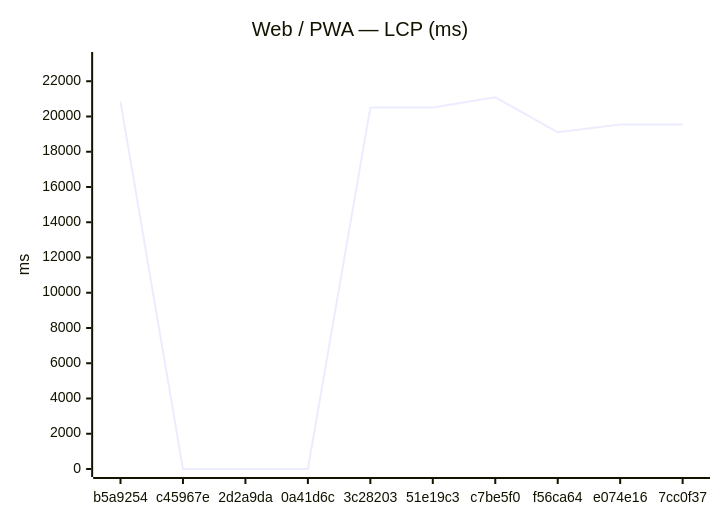
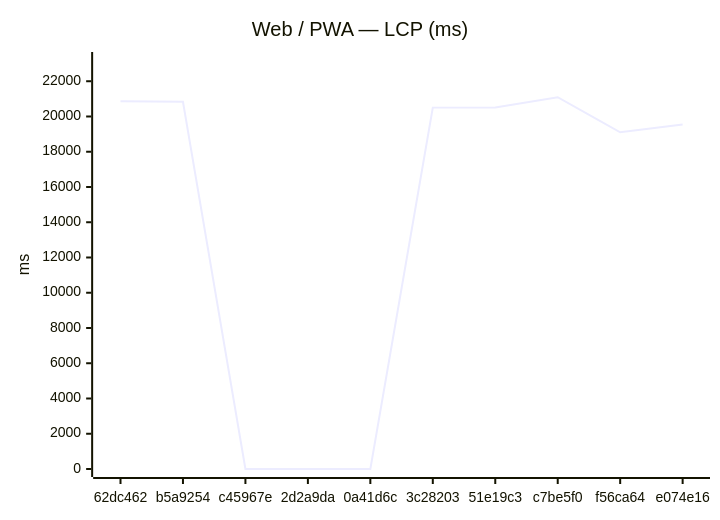
Before and after one commit to Metaheurist/Rianell: the first of 18 diagrams in benchmarks/compare.md, drawn with Mermaid. The commit also changed other lines of this file and 11 other files, not shown here.

````diff
--- a/benchmarks/compare.md
+++ b/benchmarks/compare.md
@@ -24,7 +24,7 @@
 ```mermaid
 xychart-beta
     title "Web / PWA — LCP (ms)"
-    x-axis ["b5a9254", "c45967e", "2d2a9da", "0a41d6c", "3c28203", "51e19c3", "c7be5f0", "f56ca64", "e074e16", "7cc0f37"]
+    x-axis ["62dc462", "b5a9254", "c45967e", "2d2a9da", "0a41d6c", "3c28203", "51e19c3", "c7be5f0", "f56ca64", "e074e16"]
     y-axis "ms" 0 --> 23205
-    line [20837, 0, 0, 0, 20503, 20509, 21095, 19101, 19549, 19542]
+    line [20871, 20837, 0, 0, 0, 20503, 20509, 21095, 19101, 19549]
 ```
````
